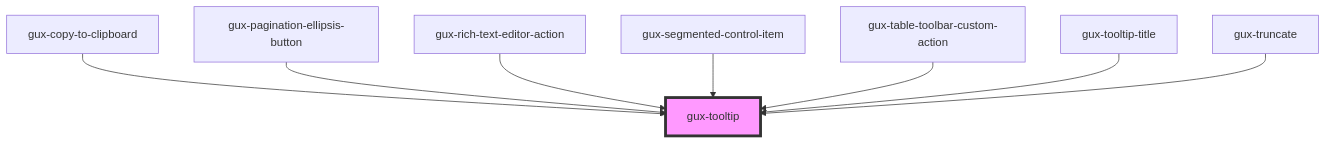
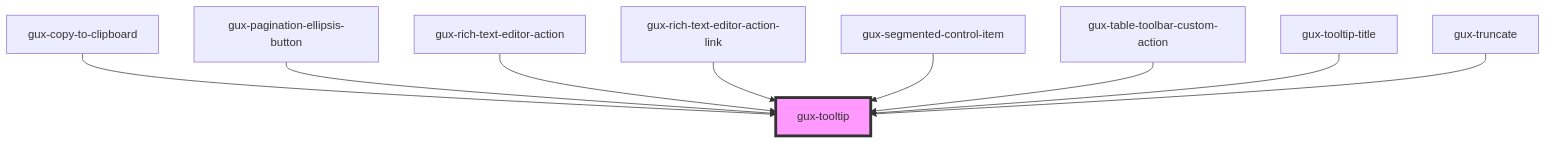
Before and after one commit to MyPureCloud/genesys-spark: the diagram in packages/genesys-spark-components/src/components/stable/gux-tooltip/readme.md, drawn with Mermaid. The commit also changed other lines of this file and 19 other files, not shown here.

First line of the commit message:
perf(rich-text-editor): addition of link feature

````diff
--- a/packages/genesys-spark-components/src/components/stable/gux-tooltip/readme.md
+++ b/packages/genesys-spark-components/src/components/stable/gux-tooltip/readme.md
@@ -78,11 +79,12 @@
 ```mermaid
 graph TD;
   gux-copy-to-clipboard --> gux-tooltip
   gux-pagination-ellipsis-button --> gux-tooltip
   gux-rich-text-editor-action --> gux-tooltip
+  gux-rich-text-editor-action-link --> gux-tooltip
   gux-segmented-control-item --> gux-tooltip
   gux-table-toolbar-custom-action --> gux-tooltip
   gux-tooltip-title --> gux-tooltip
   gux-truncate --> gux-tooltip
   style gux-tooltip fill:#f9f,stroke:#333,stroke-width:4px
 ```
````
